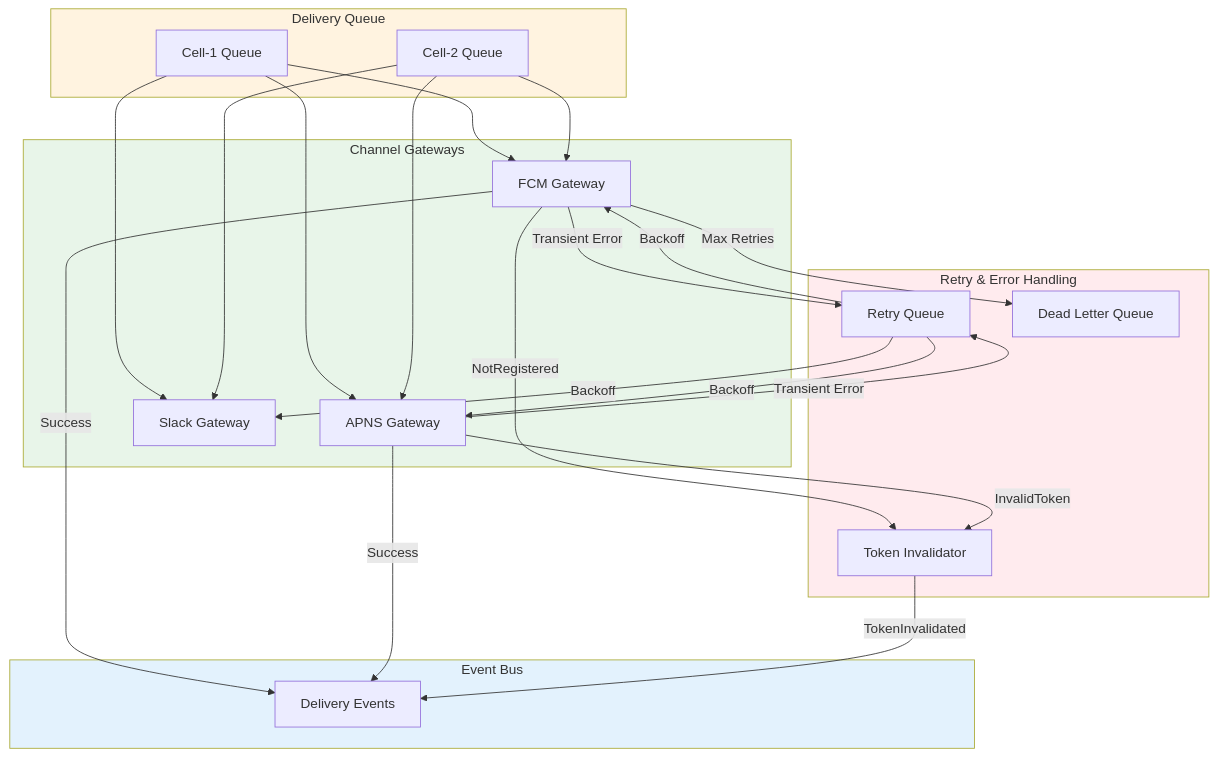
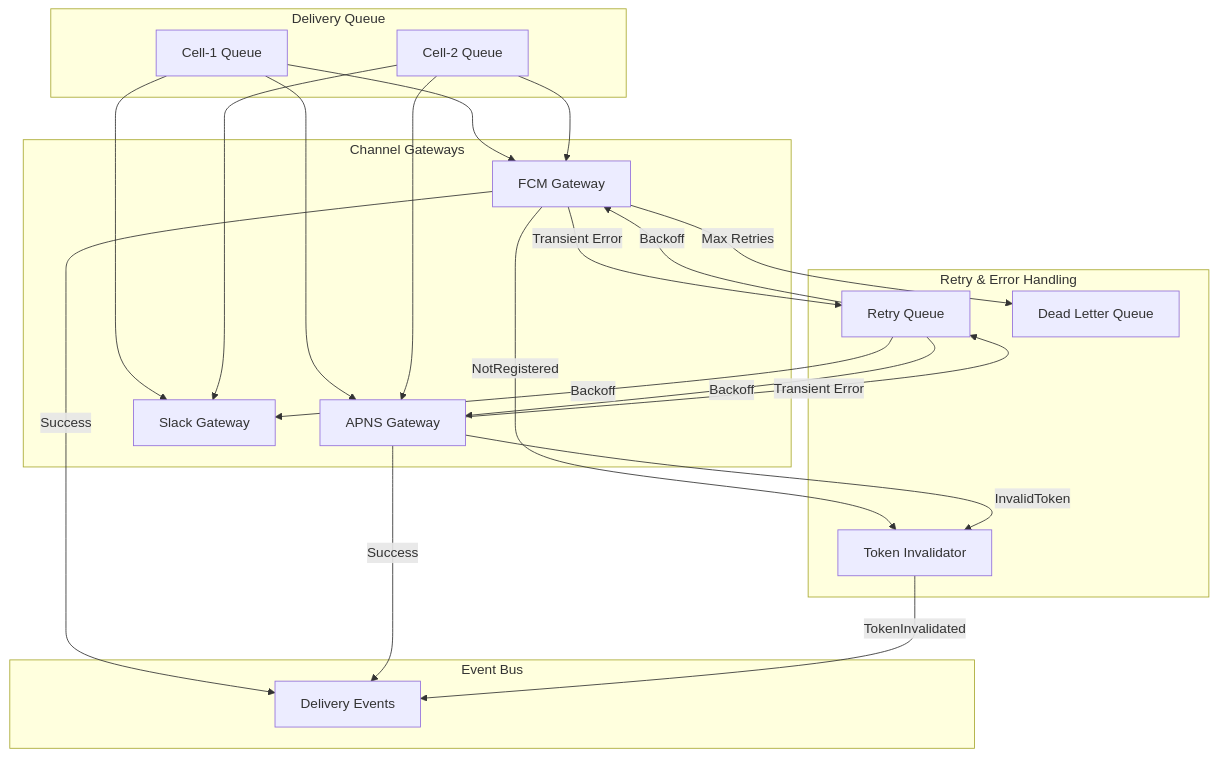
The fifth of 9 diagrams in gemini-responses/notification-platform-system-design-20260129-1819.md (udaytamma/Cyrus), drawn with Mermaid before and after one commit. The commit also changed other lines of this file and 8 other files, not shown here.

````diff
--- a/gemini-responses/notification-platform-system-design-20260129-1819.md
+++ b/gemini-responses/notification-platform-system-design-20260129-1819.md
@@ -317,42 +333,37 @@
 ```mermaid
 flowchart TB
     subgraph Queue["Delivery Queue"]
         Q1[Cell-1 Queue]
         Q2[Cell-2 Queue]
     end
 
     subgraph Gateways["Channel Gateways"]
         FCM[FCM Gateway]
         APNS[APNS Gateway]
         SLACK[Slack Gateway]
     end
 
     subgraph RetryLogic["Retry & Error Handling"]
         RETRY[Retry Queue]
         DLQ[Dead Letter Queue]
         INVALID[Token Invalidator]
     end
 
     subgraph Events["Event Bus"]
         EVT[Delivery Events]
     end
 
     Q1 & Q2 --> FCM & APNS & SLACK
 
     FCM -->|Success| EVT
     FCM -->|Transient Error| RETRY
     FCM -->|NotRegistered| INVALID
     FCM -->|Max Retries| DLQ
 
     APNS -->|Success| EVT
     APNS -->|Transient Error| RETRY
     APNS -->|InvalidToken| INVALID
 
     RETRY -->|Backoff| FCM & APNS & SLACK
     INVALID -->|TokenInvalidated| EVT
-
-    style Queue fill:#fff3e0
-    style Gateways fill:#e8f5e9
-    style RetryLogic fill:#ffebee
-    style Events fill:#e3f2fd
 ```
````
